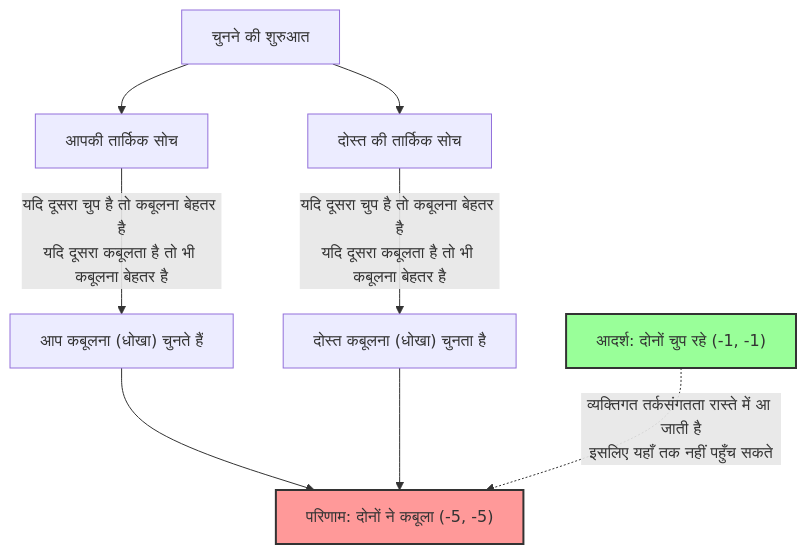
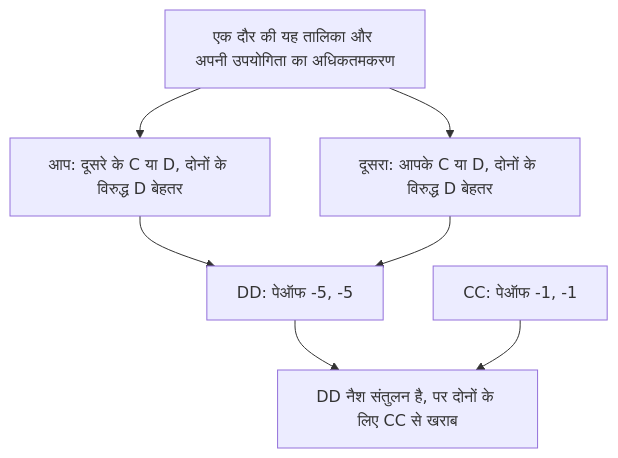
Before and after one commit to kenjinote/blog: the first of 2 diagrams in content/post/囚人のジレンマ/index.hi.md, drawn with Mermaid. The commit also changed other lines of this file and 9 other files, not shown here.

````diff
--- a/content/post/囚人のジレンマ/index.hi.md
+++ b/content/post/囚人のジレンマ/index.hi.md
@@ -72,16 +87,9 @@
 ```mermaid
 graph TD
-    Start["चुनने की शुरुआत"] --> Logic_You["आपकी तार्किक सोच"]
-    Start --> Logic_Friend["दोस्त की तार्किक सोच"]
-    
-    Logic_You -->|"यदि दूसरा चुप है तो कबूलना बेहतर है<br>यदि दूसरा कबूलता है तो भी कबूलना बेहतर है"| Betray_You["आप कबूलना (धोखा) चुनते हैं"]
-    Logic_Friend -->|"यदि दूसरा चुप है तो कबूलना बेहतर है<br>यदि दूसरा कबूलता है तो भी कबूलना बेहतर है"| Betray_Friend["दोस्त कबूलना (धोखा) चुनता है"]
-    
-    Betray_You --> Result["परिणाम: दोनों ने कबूला (-5, -5)"]
-    Betray_Friend --> Result
-    
-    Ideal["आदर्श: दोनों चुप रहे (-1, -1)"] -.->|"व्यक्तिगत तर्कसंगतता रास्ते में आ जाती है<br>इसलिए यहाँ तक नहीं पहुँच सकते"| Result
-    
-    style Result fill:#ff9999,stroke:#333,stroke-width:2px
-    style Ideal fill:#99ff99,stroke:#333,stroke-width:2px
+    Model["एक दौर की यह तालिका और अपनी उपयोगिता का अधिकतमकरण"] --> You["आप: दूसरे के C या D, दोनों के विरुद्ध D बेहतर"]
+    Model --> Other["दूसरा: आपके C या D, दोनों के विरुद्ध D बेहतर"]
+    You --> DD["DD: पेऑफ -5, -5"]
+    Other --> DD
+    DD --> Compare["DD नैश संतुलन है, पर दोनों के लिए CC से खराब"]
+    CC["CC: पेऑफ -1, -1"] --> Compare
 ```
````
